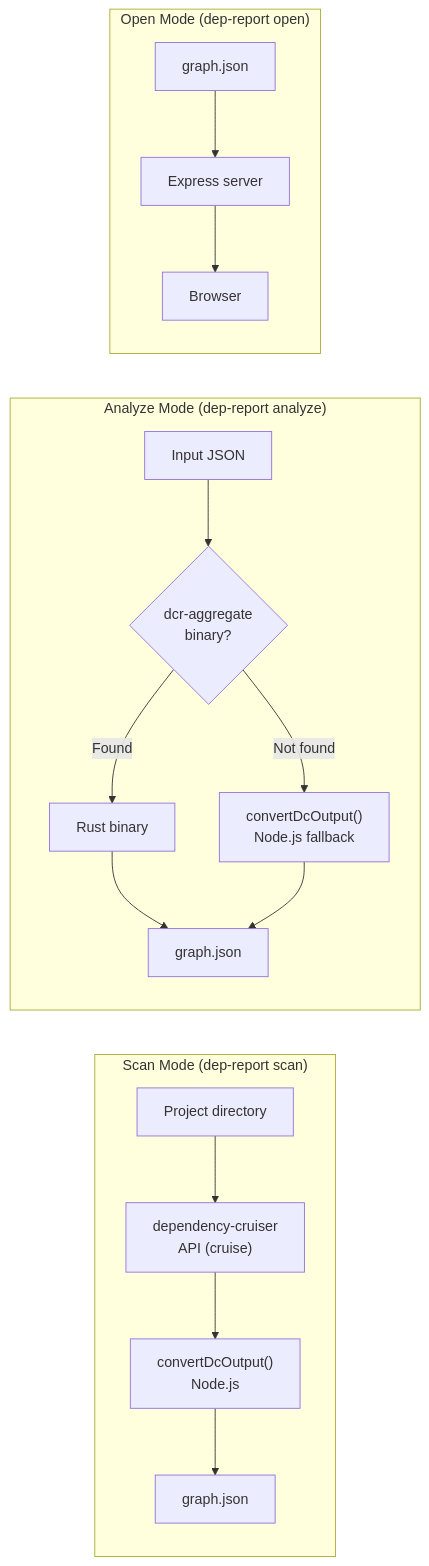
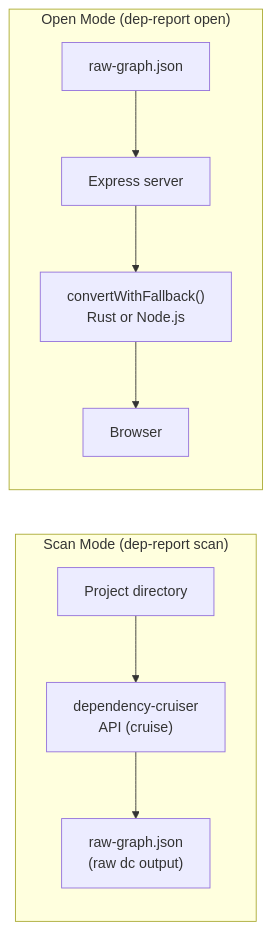
One commit to fisher-89/dependency-cruiser-reporter changed the second of 5 diagrams in docs/architecture/data-flow.md. Above: the diagram before and after it, drawn with Mermaid. The commit also changed other lines of this file and 4 other files, not shown here.

First line of the commit message:
refactor(cli): preserve raw dependency-cruiser data, defer aggregation to server

````diff
--- a/docs/architecture/data-flow.md
+++ b/docs/architecture/data-flow.md
@@ -21,21 +29,13 @@
 ```mermaid
 flowchart LR
     subgraph Scan["Scan Mode (dep-report scan)"]
         Path["Project directory"] --> DC["dependency-cruiser\nAPI (cruise)"]
-        DC --> Convert["convertDcOutput()\nNode.js"]
-        Convert --> File1["graph.json"]
-    end
-
-    subgraph Analyze["Analyze Mode (dep-report analyze)"]
-        Input["Input JSON"] --> Check{"dcr-aggregate\nbinary?"}
-        Check -->|Found| Rust["Rust binary"]
-        Check -->|Not found| Fallback["convertDcOutput()\nNode.js fallback"]
-        Rust --> File2["graph.json"]
-        Fallback --> File2
+        DC --> RawFile1["raw-graph.json\n(raw dc output)"]
     end
 
     subgraph Open["Open Mode (dep-report open)"]
-        File3["graph.json"] --> Server["Express server"]
-        Server --> Browser["Browser"]
+        File["raw-graph.json"] --> Server["Express server"]
+        Server --> Convert["convertWithFallback()\nRust or Node.js"]
+        Convert --> Browser["Browser"]
     end
 ```
````
